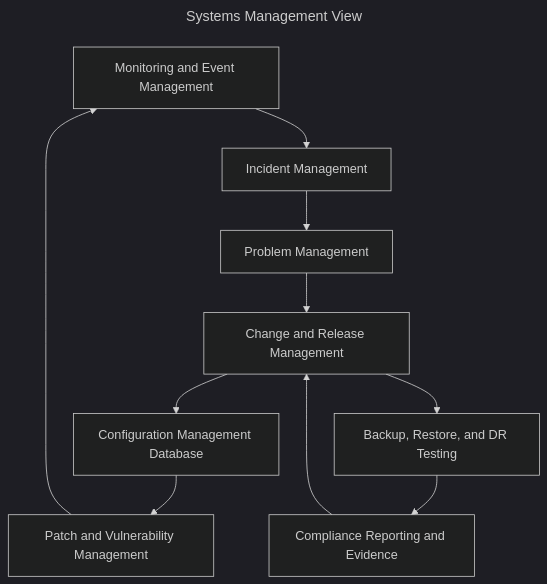
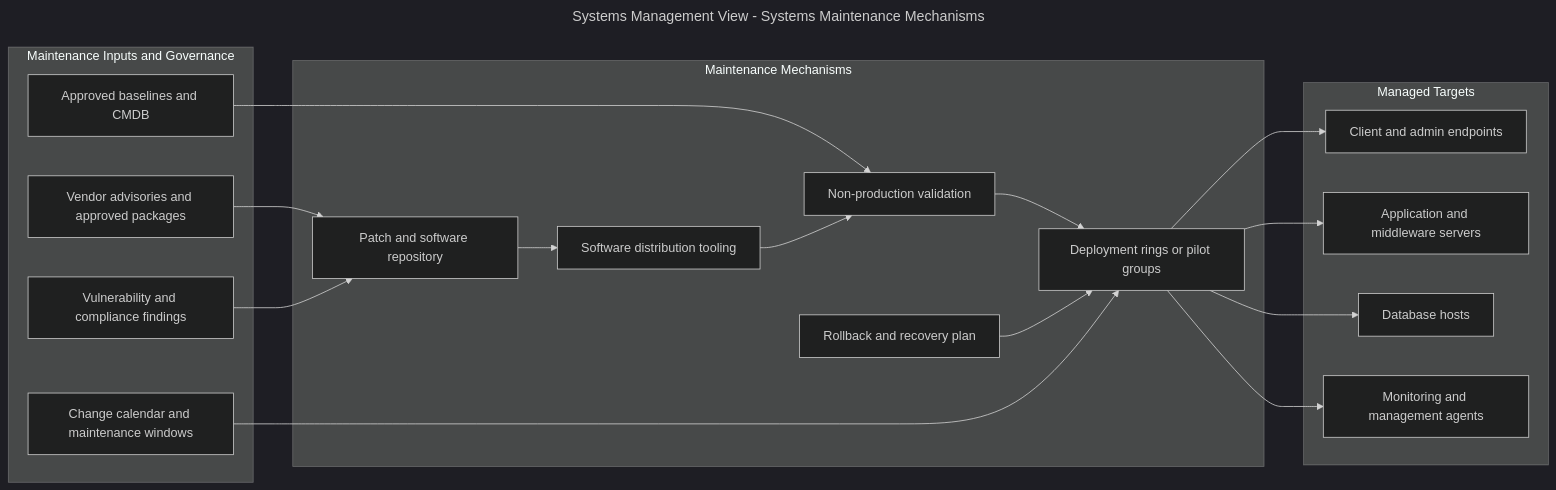
Diagram 26 of 27 in docs/templates.md (LewisCM14/django_auth), drawn with Mermaid (dark theme) before and after one commit. The commit also changed other lines of this file, not shown here.

Commit message:
update template diagrams

````diff
--- a/docs/templates.md
+++ b/docs/templates.md
@@ -548,24 +935,39 @@
 ```mermaid
 ---
-title: Systems Management View
+title: Systems Management View - Systems Maintenance Mechanisms
 ---
-flowchart TB
-	Monitor[Monitoring and Event Management]
-	Incident[Incident Management]
-	Problem[Problem Management]
-	Change[Change and Release Management]
-	Config[Configuration Management Database]
-	Patch[Patch and Vulnerability Management]
-	Continuity[Backup, Restore, and DR Testing]
-	Compliance[Compliance Reporting and Evidence]
+flowchart LR
+	subgraph Inputs[Maintenance Inputs and Governance]
+		Vendor[Vendor advisories and approved packages]
+		Vuln[Vulnerability and compliance findings]
+		Change[Change calendar and maintenance windows]
+		Baseline[Approved baselines and CMDB]
+	end
 
-	Monitor --> Incident
-	Incident --> Problem
-	Problem --> Change
-	Change --> Config
-	Config --> Patch
-	Patch --> Monitor
-	Change --> Continuity
-	Continuity --> Compliance
-	Compliance --> Change
+	subgraph Maintenance[Maintenance Mechanisms]
+		Repo[Patch and software repository]
+		Dist[Software distribution tooling]
+		Test[Non-production validation]
+		Ring[Deployment rings or pilot groups]
+		Rollback[Rollback and recovery plan]
+	end
+
+	subgraph Targets[Managed Targets]
+		Endpoint[Client and admin endpoints]
+		App[Application and middleware servers]
+		DB[Database hosts]
+		Tooling[Monitoring and management agents]
+	end
+
+	Vendor --> Repo
+	Vuln --> Repo
+	Baseline --> Test
+	Repo --> Dist --> Test
+	Test --> Ring
+	Rollback --> Ring
+	Change --> Ring
+	Ring --> Endpoint
+	Ring --> App
+	Ring --> DB
+	Ring --> Tooling
 ```
````
